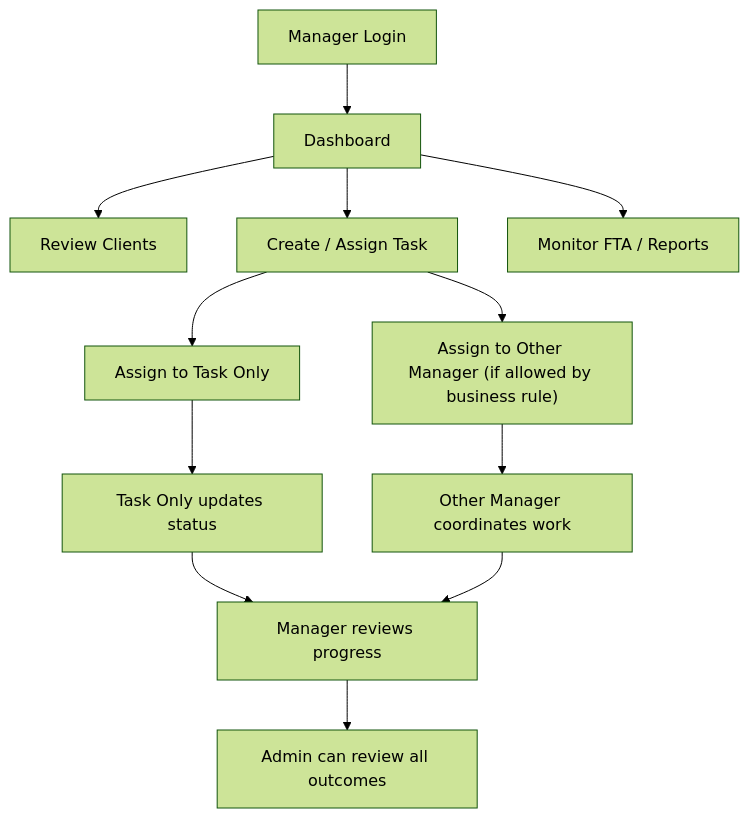
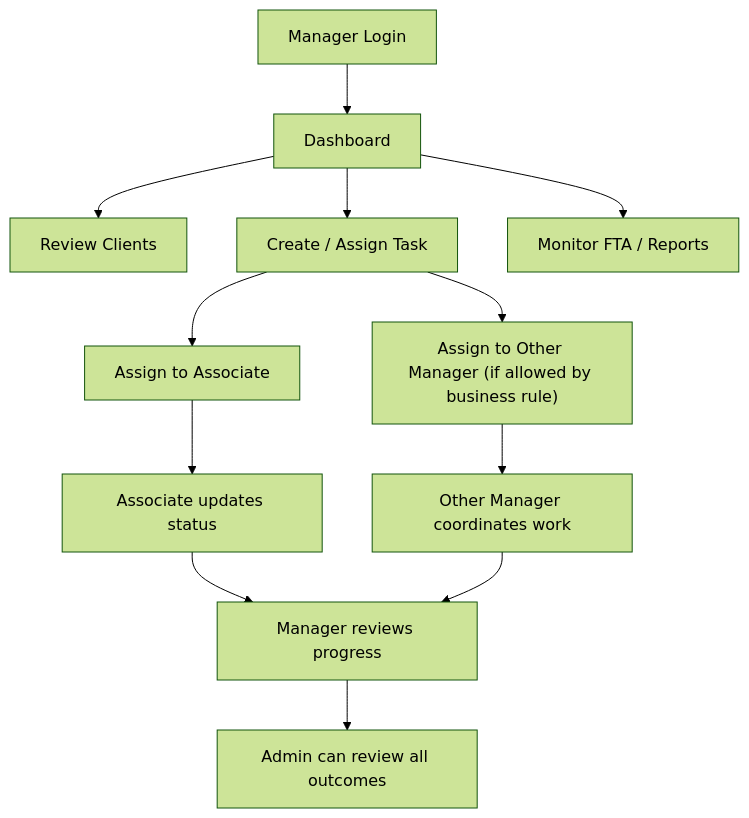
The diagram in MANAGER_ROLE_ARCHITECTURE.md (tushar-134/Project1), drawn with Mermaid (forest theme) before and after one commit. The commit also changed other lines of this file and 6 other files, not shown here.

Commit message:
chore: replace remaining occurrences of task_only with associate

````diff
--- a/MANAGER_ROLE_ARCHITECTURE.md
+++ b/MANAGER_ROLE_ARCHITECTURE.md
@@ -157,14 +157,14 @@
 ```mermaid
 flowchart TD
     A["Manager Login"] --> B["Dashboard"]
     B --> C["Review Clients"]
     B --> D["Create / Assign Task"]
     B --> E["Monitor FTA / Reports"]
-    D --> F["Assign to Task Only"]
+    D --> F["Assign to Associate"]
     D --> G["Assign to Other Manager (if allowed by business rule)"]
-    F --> H["Task Only updates status"]
+    F --> H["Associate updates status"]
     G --> I["Other Manager coordinates work"]
     H --> J["Manager reviews progress"]
     I --> J
     J --> K["Admin can review all outcomes"]
 ```
````
